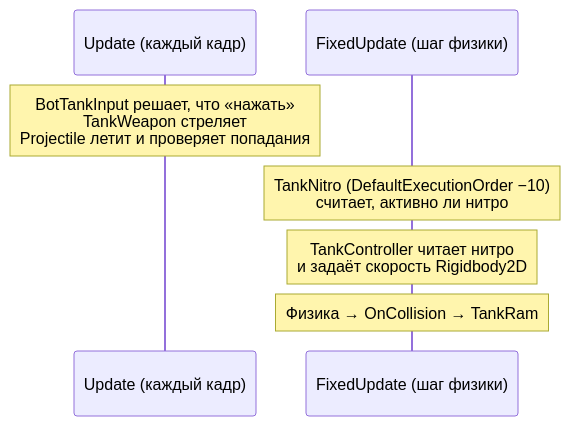
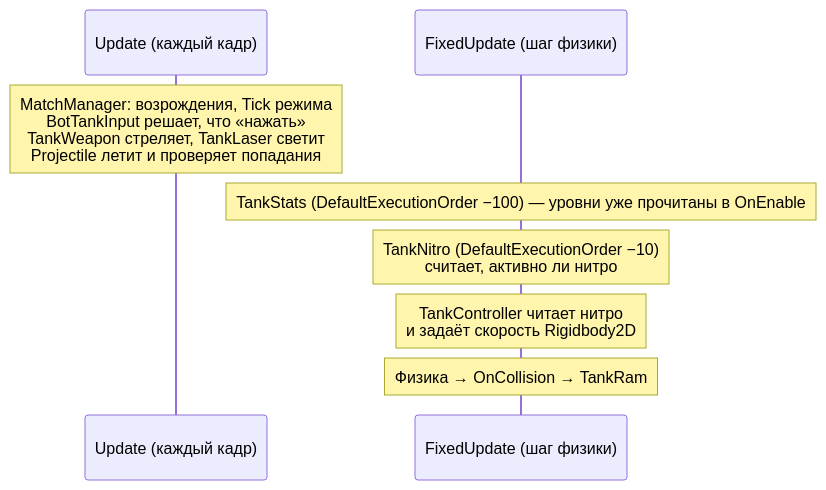
The fourth of 4 diagrams in Documentation/articles/architecture.md (niikage7/burmalda-gamejam), drawn with Mermaid before and after one commit. The commit also changed other lines of this file and 33 other files, not shown here.

````diff
--- a/Documentation/articles/architecture.md
+++ b/Documentation/articles/architecture.md
@@ -64,9 +112,10 @@
 ```mermaid
 sequenceDiagram
     participant Upd as Update (каждый кадр)
     participant Fix as FixedUpdate (шаг физики)
-    Note over Upd: BotTankInput решает, что «нажать»<br/>TankWeapon стреляет<br/>Projectile летит и проверяет попадания
+    Note over Upd: MatchManager: возрождения, Tick режима<br/>BotTankInput решает, что «нажать»<br/>TankWeapon стреляет, TankLaser светит<br/>Projectile летит и проверяет попадания
+    Note over Fix: TankStats (DefaultExecutionOrder −100) — уровни уже прочитаны в OnEnable
     Note over Fix: TankNitro (DefaultExecutionOrder −10)<br/>считает, активно ли нитро
     Note over Fix: TankController читает нитро<br/>и задаёт скорость Rigidbody2D
     Note over Fix: Физика → OnCollision → TankRam
 ```
````
